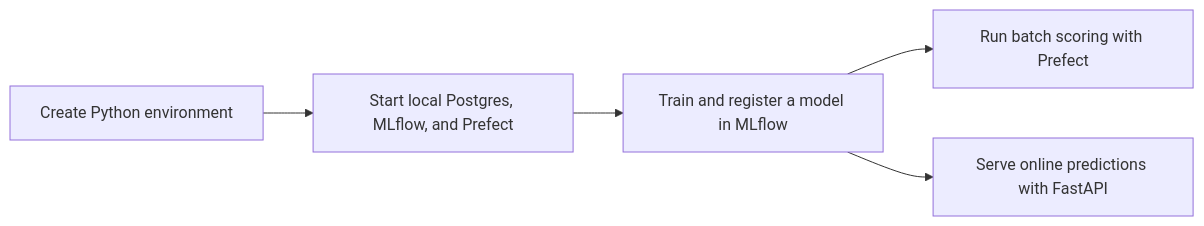
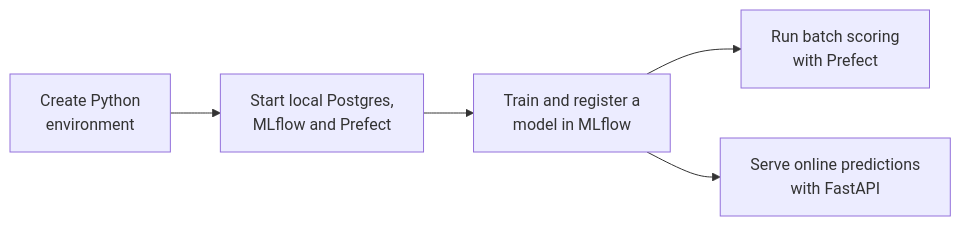
The diagram in README.md (bootcampyoussef/mle-batch-and-streaming-predictions), drawn with Mermaid before and after one commit. The commit also changed other lines of this file and 15 other files, not shown here.

````diff
--- a/README.md
+++ b/README.md
@@ -8,7 +41,7 @@
 ```mermaid
 flowchart LR
-    A["Create Python environment"] --> B["Start local Postgres, MLflow, and Prefect"]
-    B --> C["Train and register a model in MLflow"]
-    C --> D["Run batch scoring with Prefect"]
-    C --> E["Serve online predictions with FastAPI"]
+    A["Create Python<br>environment"] --> B["Start local Postgres,<br>MLflow and Prefect"]
+    B --> C["Train and register a<br>model in MLflow"]
+    C --> D["Run batch scoring<br>with Prefect"]
+    C --> E["Serve online predictions<br>with FastAPI"]
 ```
````
